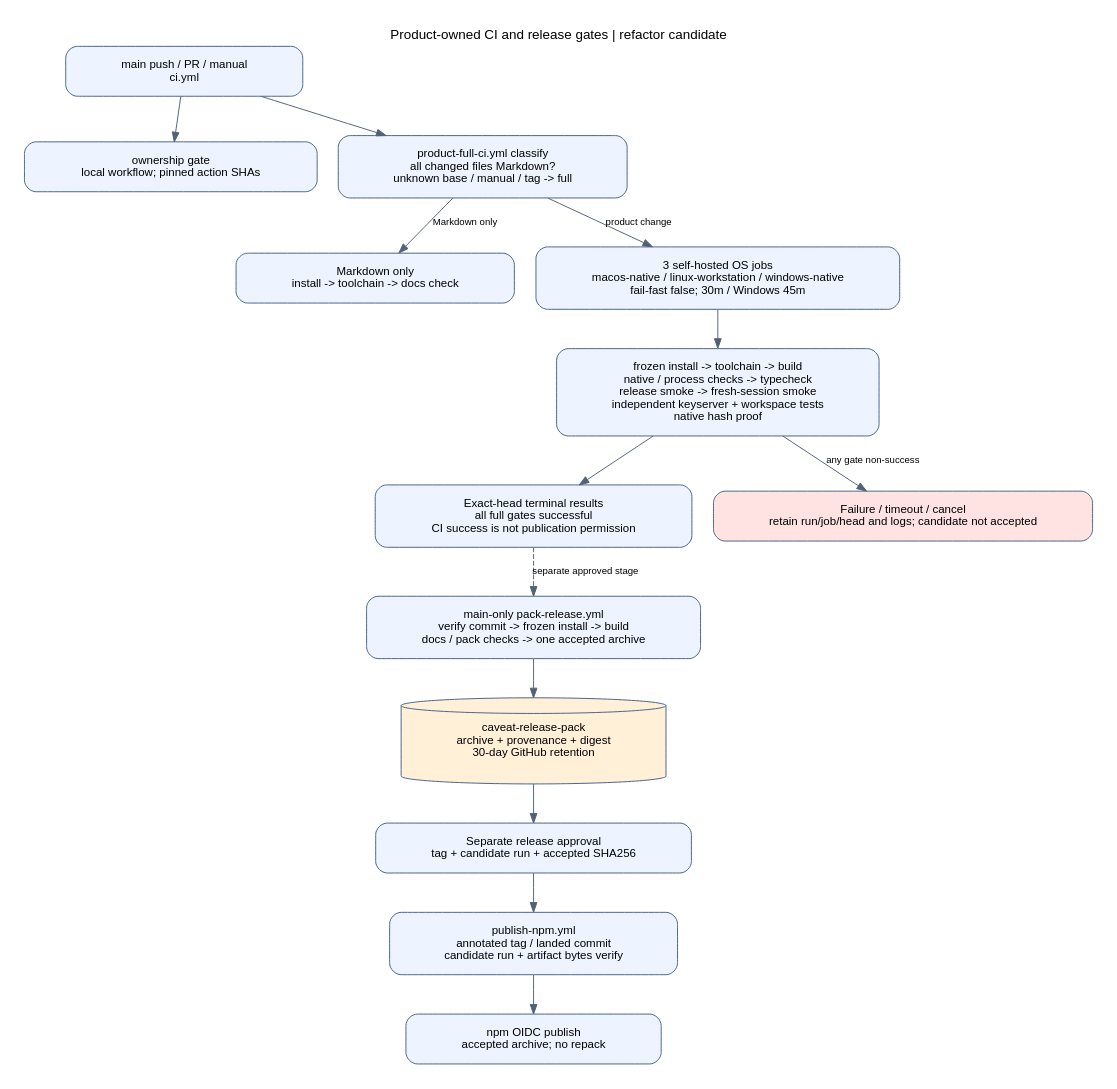
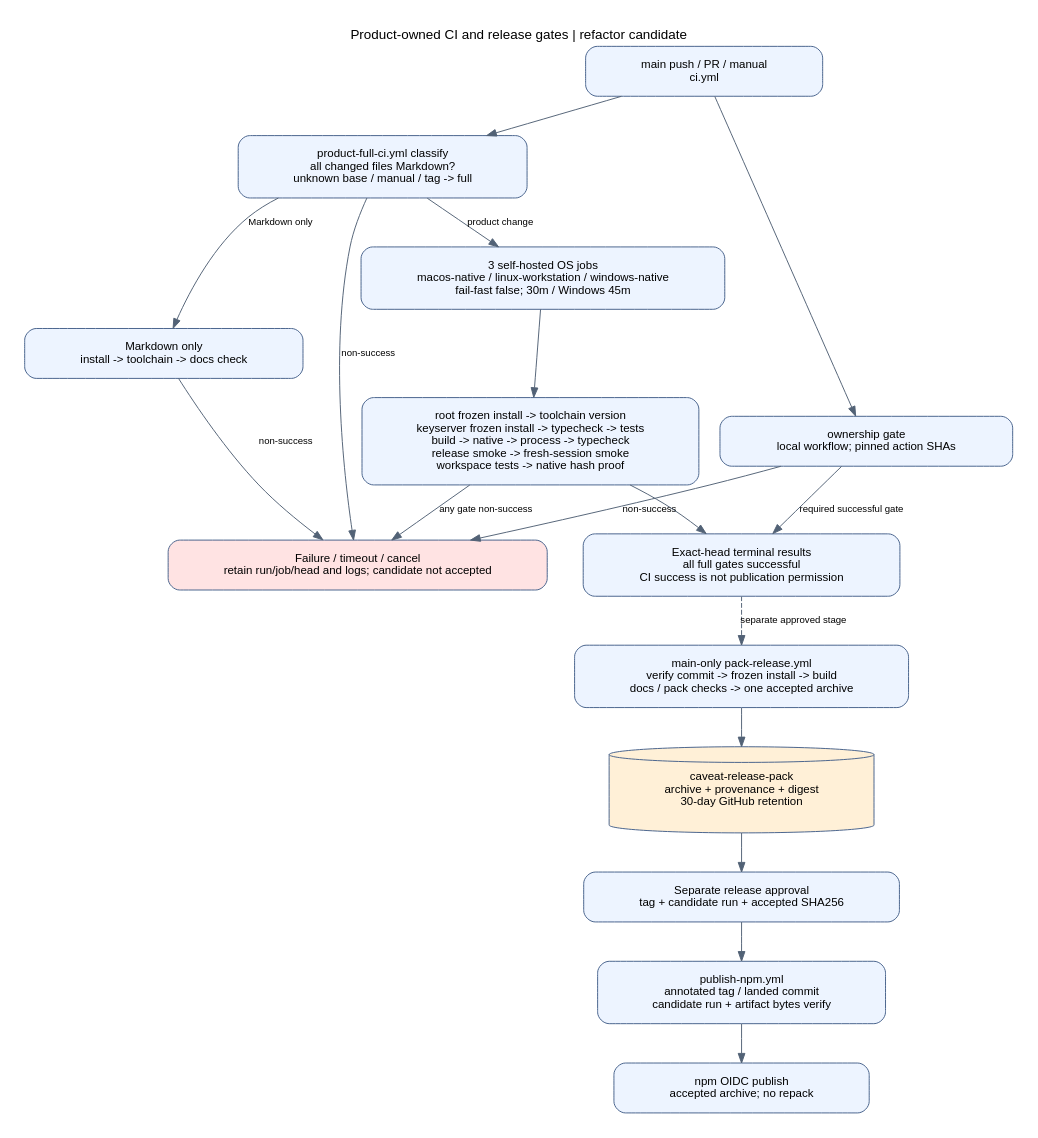
The diagram in docs/diagrams/04-ci-release.dot (kitepon/Caveat), drawn with Graphviz before and after one commit. The commit also changed 25 other files, not shown here.

Commit message:
docs: align feature diagrams with failure and delivery contracts

```diff
--- a/docs/diagrams/04-ci-release.dot
+++ b/docs/diagrams/04-ci-release.dot
@@ -1,28 +1,34 @@
 digraph ci {
  graph [rankdir=TB, bgcolor="white", pad="0.25", nodesep="0.3", ranksep="0.55", fontname="Arial", label="Product-owned CI and release gates | refactor candidate", labelloc=t];
  node [shape=box, style="rounded,filled", fillcolor="#edf4ff", color="#45618a", fontname="Arial", fontsize=12, margin="0.8,0.18"];
  edge [fontname="Arial", fontsize=10, color="#526276"];
  event [label="main push / PR / manual\nci.yml"];
  owner [label="ownership gate\nlocal workflow; pinned action SHAs"];
  classify [label="product-full-ci.yml classify\nall changed files Markdown?\nunknown base / manual / tag -> full"];
  docs [label="Markdown only\ninstall -> toolchain -> docs check"];
  matrix [label="3 self-hosted OS jobs\nmacos-native / linux-workstation / windows-native\nfail-fast false; 30m / Windows 45m"];
- full [label="frozen install -> toolchain -> build\nnative / process checks -> typecheck\nrelease smoke -> fresh-session smoke\nindependent keyserver + workspace tests\nnative hash proof"];
+ full [label="root frozen install -> toolchain version\nkeyserver frozen install -> typecheck -> tests\nbuild -> native -> process -> typecheck\nrelease smoke -> fresh-session smoke\nworkspace tests -> native hash proof"];
  green [label="Exact-head terminal results\nall full gates successful\nCI success is not publication permission"];
  pack [label="main-only pack-release.yml\nverify commit -> frozen install -> build\ndocs / pack checks -> one accepted archive"];
  archive [shape=cylinder, fillcolor="#fff0d7", label="caveat-release-pack\narchive + provenance + digest\n30-day GitHub retention"];
  permit [label="Separate release approval\ntag + candidate run + accepted SHA256"];
  verify [label="publish-npm.yml\nannotated tag / landed commit\ncandidate run + artifact bytes verify"];
  npm [label="npm OIDC publish\naccepted archive; no repack"];
  event -> owner;
  event -> classify;
  classify -> docs [label="Markdown only"];
  classify -> matrix [label="product change"];
  matrix -> full -> green;
  green -> pack [style=dashed, label="separate approved stage"];
  pack -> archive -> permit -> verify -> npm;
 
  failed [fillcolor="#ffe3e3",label="Failure / timeout / cancel\nretain run/job/head and logs; candidate not accepted"];
  full -> failed [label="any gate non-success"];
 
+
+ owner -> failed [label="non-success"];
+ classify -> failed [label="non-success"];
+ docs -> failed [label="non-success"];
+ owner -> green [label="required successful gate"];
+
 }
```
